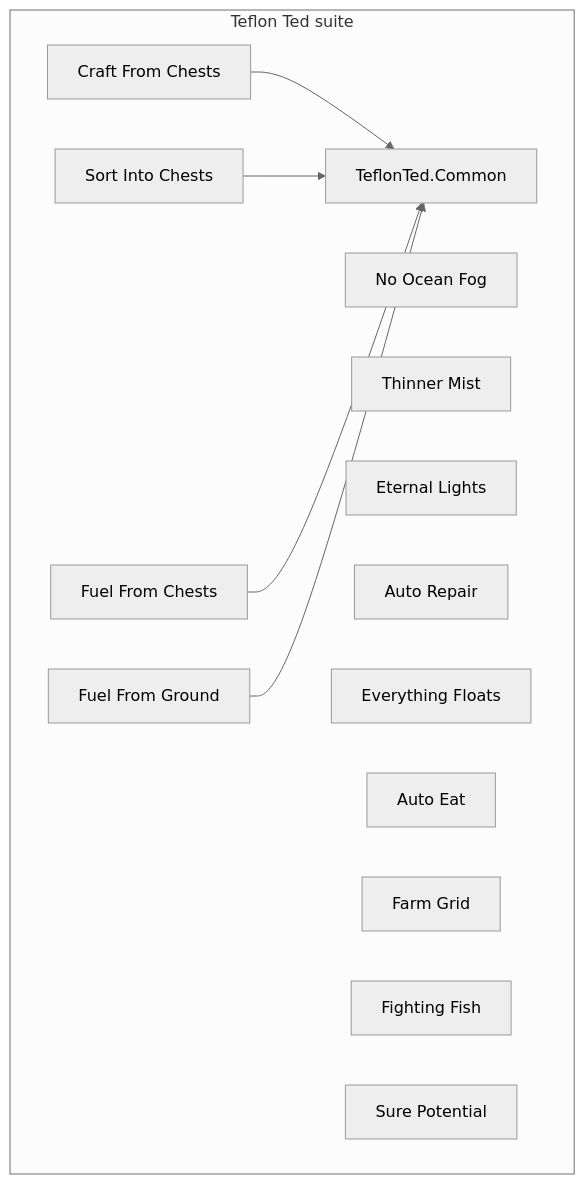
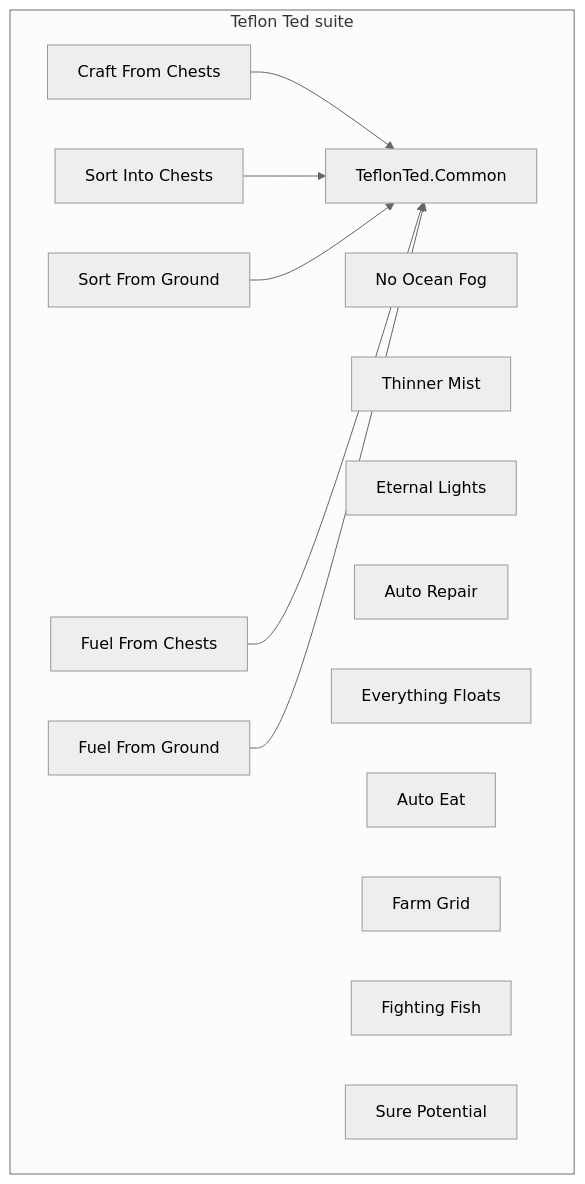
One commit to trak3r/valheim changed the diagram in README.md. Above: the diagram before and after it, drawn with Mermaid (neutral theme). The commit also changed other lines of this file and 7 other files, not shown here.

Commit message:
Add Sort From Ground: vacuum drops into nearby seeded chests.

````diff
--- a/README.md
+++ b/README.md
@@ -9,23 +9,25 @@
 ```mermaid
 flowchart TB
   subgraph suite [Teflon Ted suite]
     Common[TeflonTed.Common]
     Craft[Craft From Chests]
     Sort[Sort Into Chests]
+    SortG[Sort From Ground]
     FuelC[Fuel From Chests]
     FuelG[Fuel From Ground]
     Fog[No Ocean Fog]
     Mist[Thinner Mist]
     Lights[Eternal Lights]
     Repair[Auto Repair]
     Float[Everything Floats]
     Eat[Auto Eat]
     Farm[Farm Grid]
     Fish[Fighting Fish]
     Sure[Sure Potential]
   end
   Craft --> Common
   Sort --> Common
+  SortG --> Common
   FuelC --> Common
   FuelG --> Common
 ```
````
